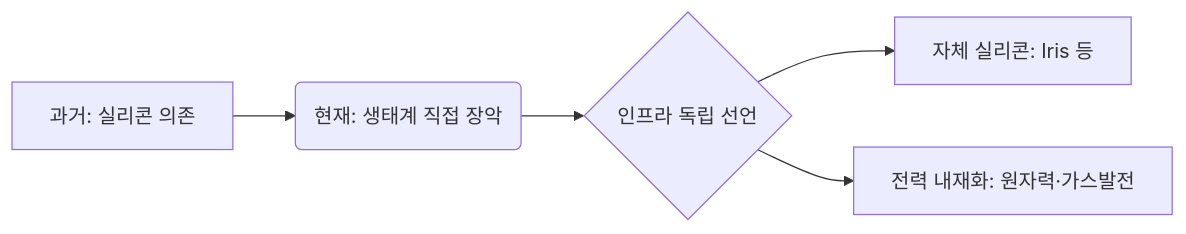
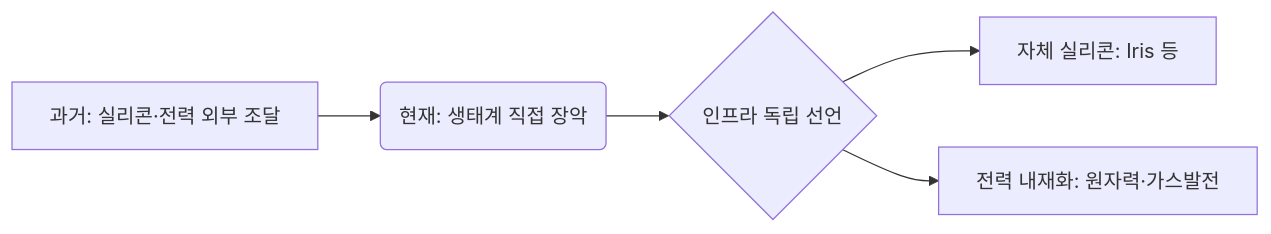
Before and after one commit to thishw/hw_insight: the diagram in content/posts/2026-07-20-power-bottleneck-of-intelligence.md, drawn with Mermaid. The commit also changed other lines of this file, not shown here.

````diff
--- a/content/posts/2026-07-20-power-bottleneck-of-intelligence.md
+++ b/content/posts/2026-07-20-power-bottleneck-of-intelligence.md
@@ -48,7 +48,7 @@
 ```mermaid
 flowchart LR
-    A[과거: 실리콘 의존] --> B(현재: 생태계 직접 장악)
+    A[과거: 실리콘·전력 외부 조달] --> B(현재: 생태계 직접 장악)
     B --> C{인프라 독립 선언}
     C --> D[자체 실리콘: Iris 등]
     C --> E[전력 내재화: 원자력·가스발전]
 ```
````
